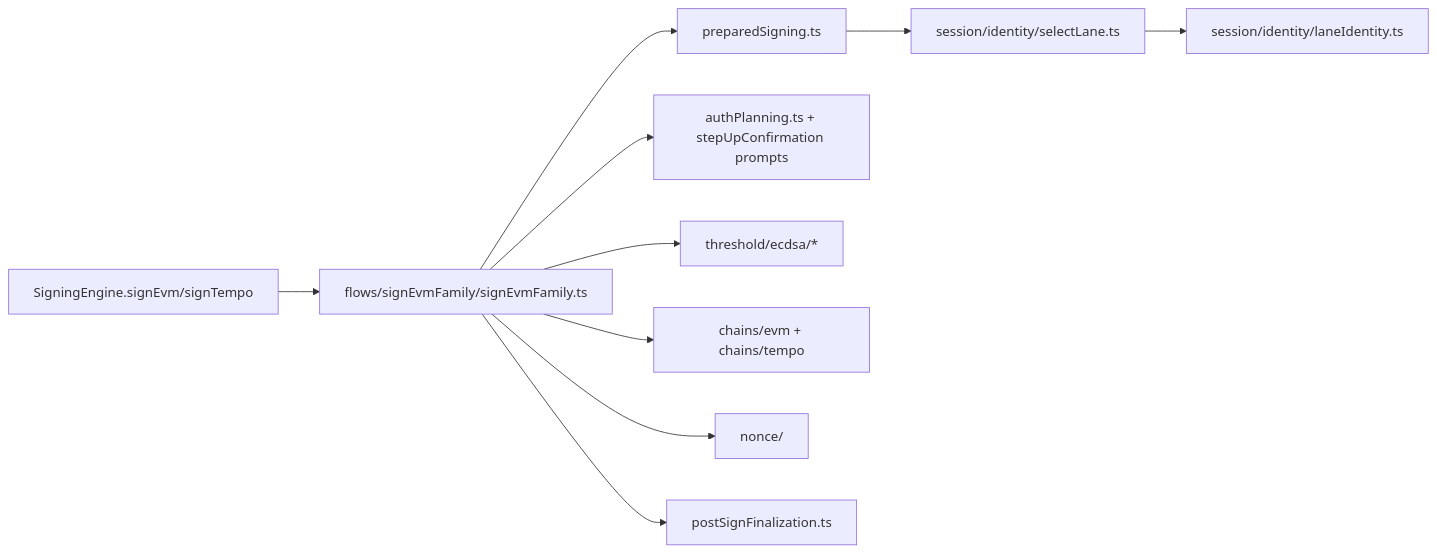
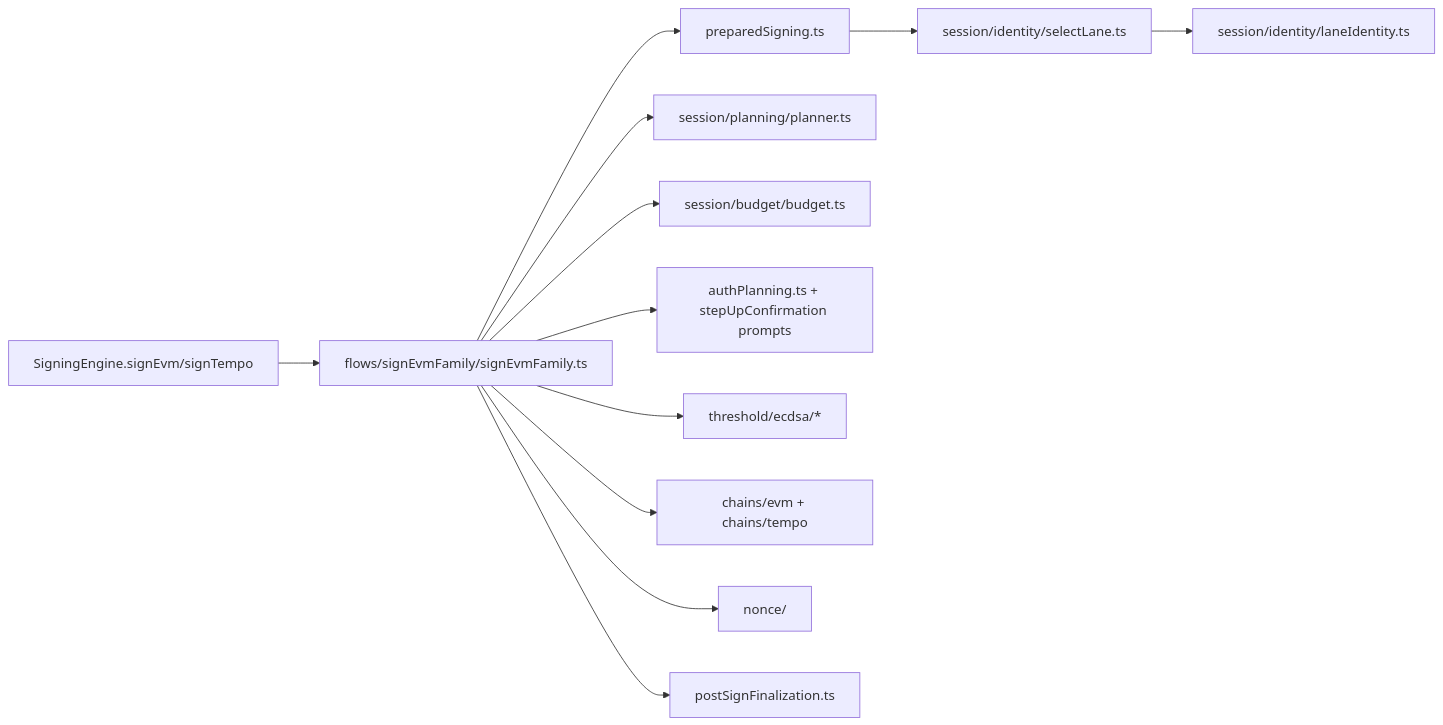
One commit to seams-tech/seams-sdk changed the third of 4 diagrams in client/src/core/signingEngine/README.md. Above: the diagram before and after it, drawn with Mermaid. The commit also changed other lines of this file and 111 other files, not shown here.

````diff
--- a/client/src/core/signingEngine/README.md
+++ b/client/src/core/signingEngine/README.md
@@ -129,12 +152,14 @@
 ```mermaid
 flowchart LR
   SE["SigningEngine.signEvm/signTempo"] --> OP["flows/signEvmFamily/signEvmFamily.ts"]
   OP --> PREP["preparedSigning.ts"]
   PREP --> SELECT["session/identity/selectLane.ts"]
   SELECT --> ID["session/identity/laneIdentity.ts"]
+  OP --> PLAN["session/planning/planner.ts"]
+  OP --> BUDGET["session/budget/budget.ts"]
   OP --> AUTH["authPlanning.ts + stepUpConfirmation prompts"]
   OP --> TH["threshold/ecdsa/*"]
   OP --> CH["chains/evm + chains/tempo"]
   OP --> NONCE["nonce/"]
   OP --> FINAL["postSignFinalization.ts"]
 ```
````
